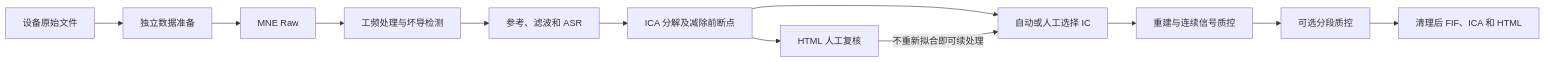
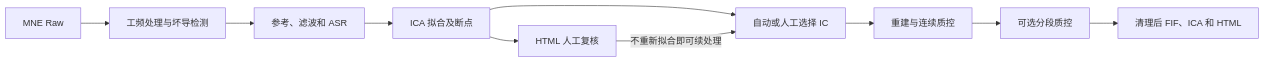
The diagram in README.zh-CN.md (LeiGuo0812/eegproc), drawn with Mermaid before and after one commit. The commit also changed other lines of this file and 8 other files, not shown here.

Commit message:
Focus package documentation on usage and add workflow diagrams

````diff
--- a/README.zh-CN.md
+++ b/README.zh-CN.md
@@ -59,14 +62,12 @@
 ```mermaid
 flowchart LR
-    A[设备原始文件] --> B[独立数据准备]
-    B --> C[MNE Raw]
-    C --> D[工频处理与坏导检测]
-    D --> E[参考、滤波和 ASR]
-    E --> F[ICA 分解及减除前断点]
-    F --> G[自动或人工选择 IC]
-    G --> H[重建与连续信号质控]
-    H --> I[可选分段质控]
-    I --> J[清理后 FIF、ICA 和 HTML]
-    F --> K[HTML 人工复核]
-    K -->|不重新拟合即可续处理| G
+    A[MNE Raw] --> B[工频处理与坏导检测]
+    B --> C[参考、滤波和 ASR]
+    C --> D[ICA 拟合及断点]
+    D --> E[自动或人工选择 IC]
+    E --> F[重建与连续质控]
+    F --> G[可选分段质控]
+    G --> H[清理后 FIF、ICA 和 HTML]
+    D --> I[HTML 人工复核]
+    I -->|不重新拟合即可续处理| E
 ```
````
